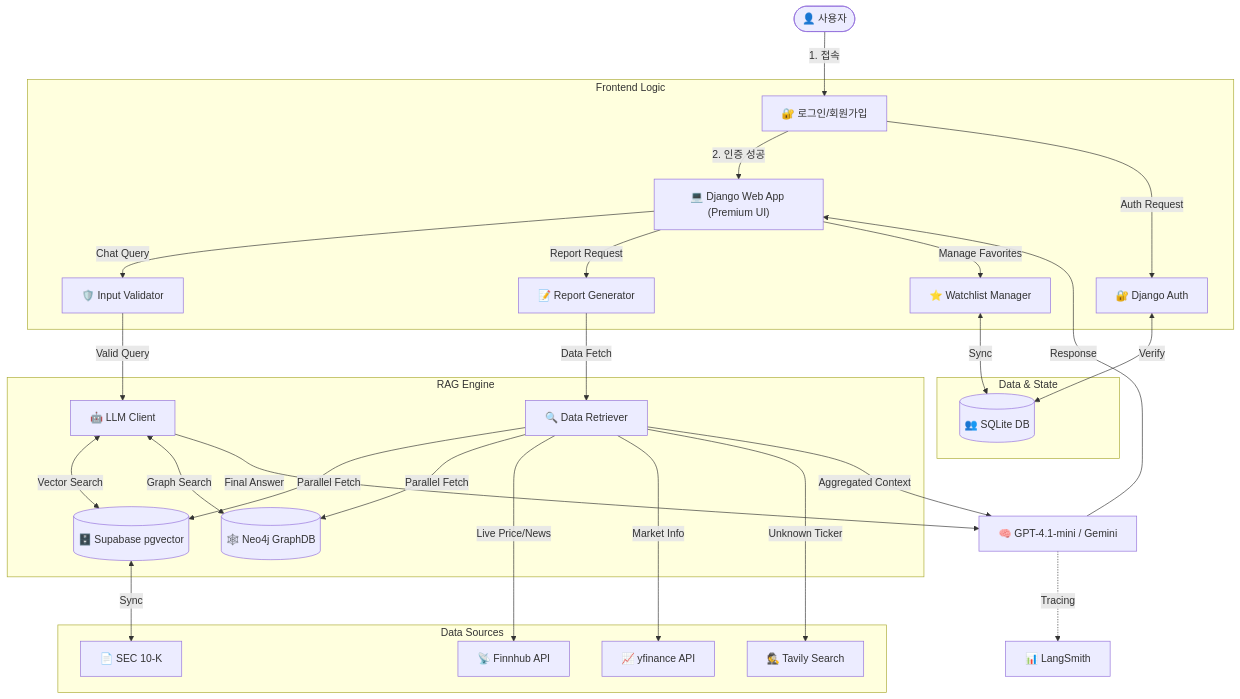
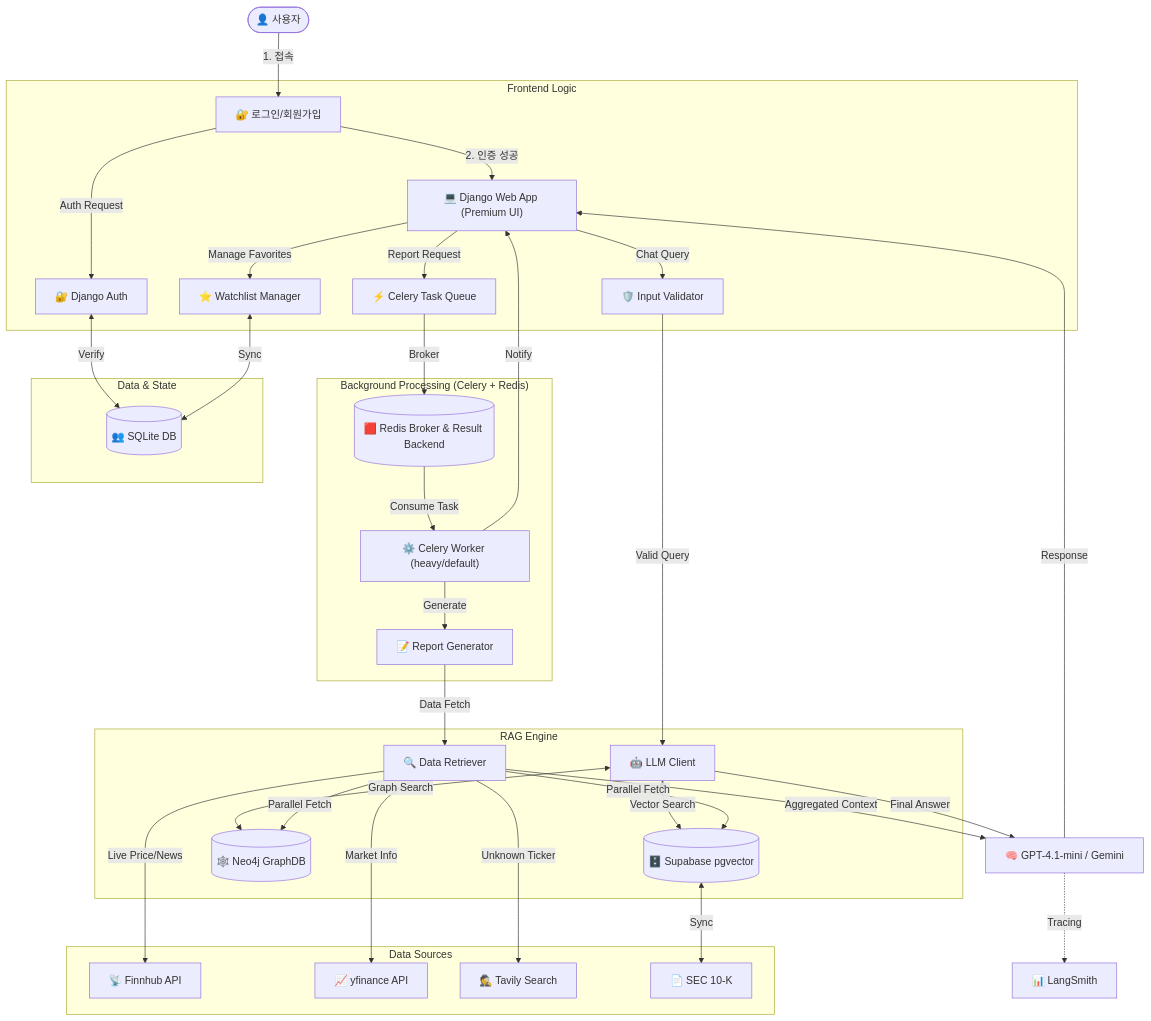
Before and after one commit to SKNETWORKS-FAMILY-AICAMP/SKN22-4th-4Team: the first of 2 diagrams in 03_system_architecture/README.md, drawn with Mermaid. The commit also changed other lines of this file and 6 other files, not shown here.

Commit message:
feat: Add S&P 500 scheduler script and introduce system architecture documentation, updating project READMEs.

````diff
--- a/03_system_architecture/README.md
+++ b/03_system_architecture/README.md
@@ -9,40 +9,47 @@
 ```mermaid
 graph TD
     User(["👤 사용자"]) -->|1. 접속| Login["🔐 로그인/회원가입"]
     Login -->|2. 인증 성공| UI["💻 Django Web App (Premium UI)"]
     
     subgraph Frontend Logic
         Login -->|Auth Request| Auth["🔐 Django Auth"]
         UI -->|Chat Query| Validator["🛡️ Input Validator"]
-        UI -->|Report Request| ReportGen["📝 Report Generator"]
+        UI -->|Report Request| ReportTask["⚡ Celery Task Queue"]
         UI -->|Manage Favorites| Watchlistmgr["⭐ Watchlist Manager"]
+    end
+
+    subgraph "Background Processing (Celery + Redis)"
+        ReportTask -->|Broker| Redis[("🟥 Redis Broker & Result Backend")]
+        Redis -->|Consume Task| CeleryWorker["⚙️ Celery Worker (heavy/default)"]
+        CeleryWorker -->|Generate| ReportGen["📝 Report Generator"]
+        CeleryWorker -->|Notify| UI
     end
 
     subgraph "Data & State"
         Auth <-->|Verify| UserDB[("👥 SQLite DB")]
         Watchlistmgr <-->|Sync| UserDB
     end
 
     subgraph RAG Engine
         Validator -->|Valid Query| Agent["🤖 LLM Client"]
         ReportGen -->|Data Fetch| Retriever["🔍 Data Retriever"]
         
         Agent <-->|Vector Search| VectorDB[("🗄️ Supabase pgvector")]
         Agent <-->|Graph Search| GraphDB[("🕸️ Neo4j GraphDB")]
         
         Retriever -->|Parallel Fetch| VectorDB
         Retriever -->|Parallel Fetch| GraphDB
     end
 
     subgraph Data Sources
         Retriever -->|Live Price/News| Finnhub["📡 Finnhub API"]
         Retriever -->|Market Info| Yahoo["📈 yfinance API"]
         Retriever -->|Unknown Ticker| Tavily["🕵️ Tavily Search"]
         VectorDB <-->|Sync| SEC["📄 SEC 10-K"]
     end
 
     Retriever -->|Aggregated Context| LLM["🧠 GPT-4.1-mini / Gemini"]
     Agent -->|Final Answer| LLM
     LLM -->|Response| UI
     LLM -.->|Tracing| LS["📊 LangSmith"]
 ```
````
